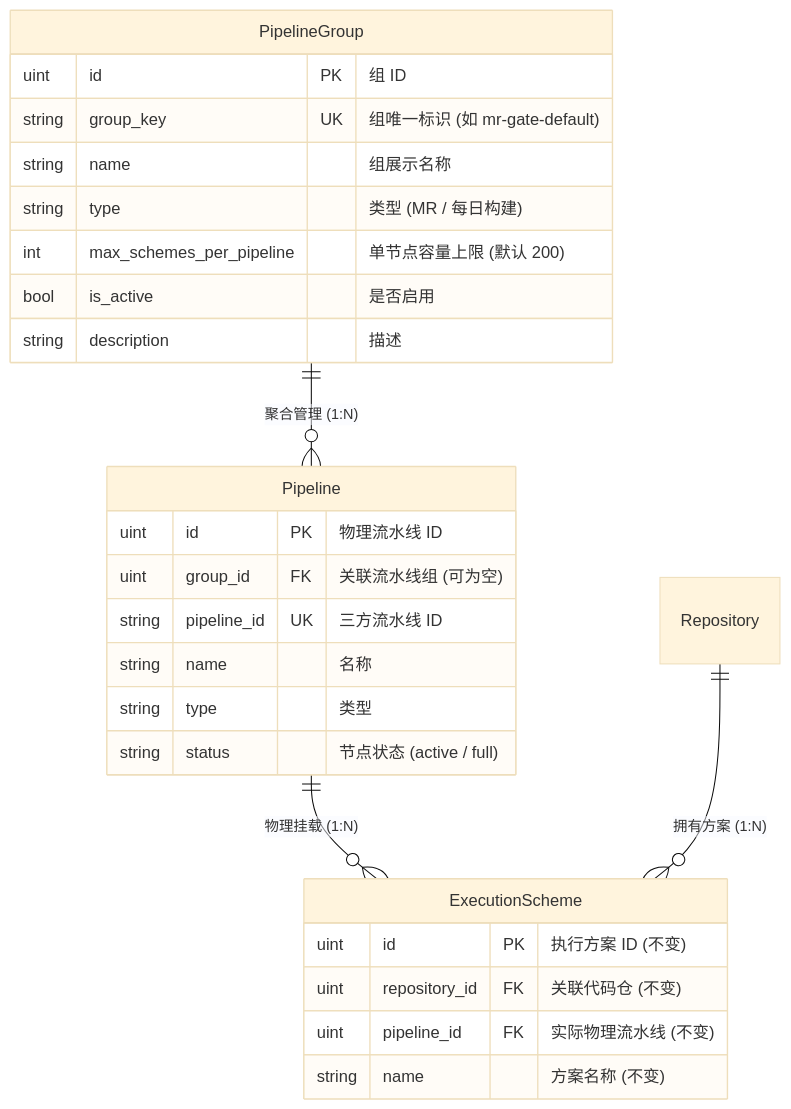
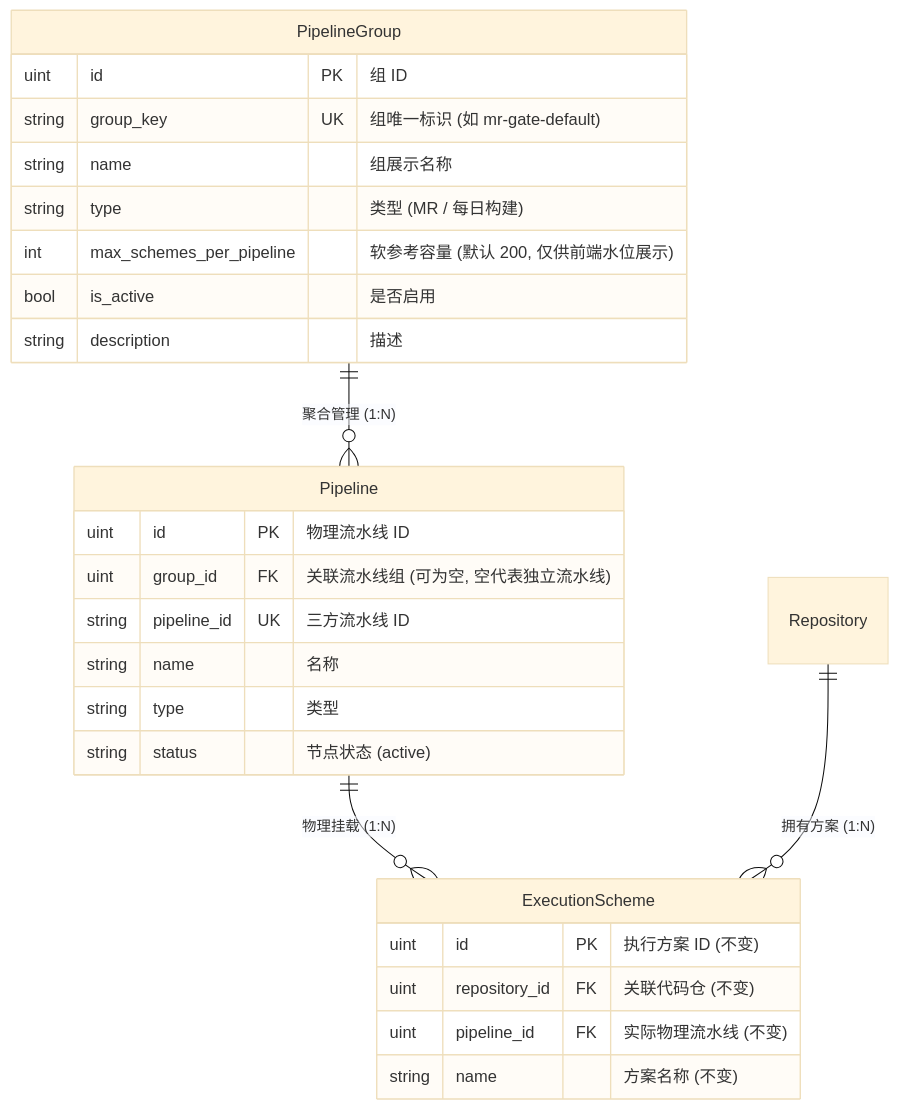
One commit to fugui/code-pipeline changed the second of 4 diagrams in docs/pipeline_group_design.md. Above: the diagram before and after it, drawn with Mermaid (base theme). The commit also changed other lines of this file and 10 other files, not shown here.

````diff
--- a/docs/pipeline_group_design.md
+++ b/docs/pipeline_group_design.md
@@ -99,32 +87,32 @@
 ```mermaid
 erDiagram
     PipelineGroup ||--o{ Pipeline : "聚合管理 (1:N)"
     Pipeline ||--o{ ExecutionScheme : "物理挂载 (1:N)"
     Repository ||--o{ ExecutionScheme : "拥有方案 (1:N)"
 
     PipelineGroup {
         uint id PK "组 ID"
         string group_key UK "组唯一标识 (如 mr-gate-default)"
         string name "组展示名称"
         string type "类型 (MR / 每日构建)"
-        int max_schemes_per_pipeline "单节点容量上限 (默认 200)"
+        int max_schemes_per_pipeline "软参考容量 (默认 200, 仅供前端水位展示)"
         bool is_active "是否启用"
         string description "描述"
     }
 
     Pipeline {
         uint id PK "物理流水线 ID"
-        uint group_id FK "关联流水线组 (可为空)"
+        uint group_id FK "关联流水线组 (可为空, 空代表独立流水线)"
         string pipeline_id UK "三方流水线 ID"
         string name "名称"
         string type "类型"
-        string status "节点状态 (active / full)"
+        string status "节点状态 (active)"
     }
 
     ExecutionScheme {
         uint id PK "执行方案 ID (不变)"
         uint repository_id FK "关联代码仓 (不变)"
         uint pipeline_id FK "实际物理流水线 (不变)"
         string name "方案名称 (不变)"
     }
 ```
````
